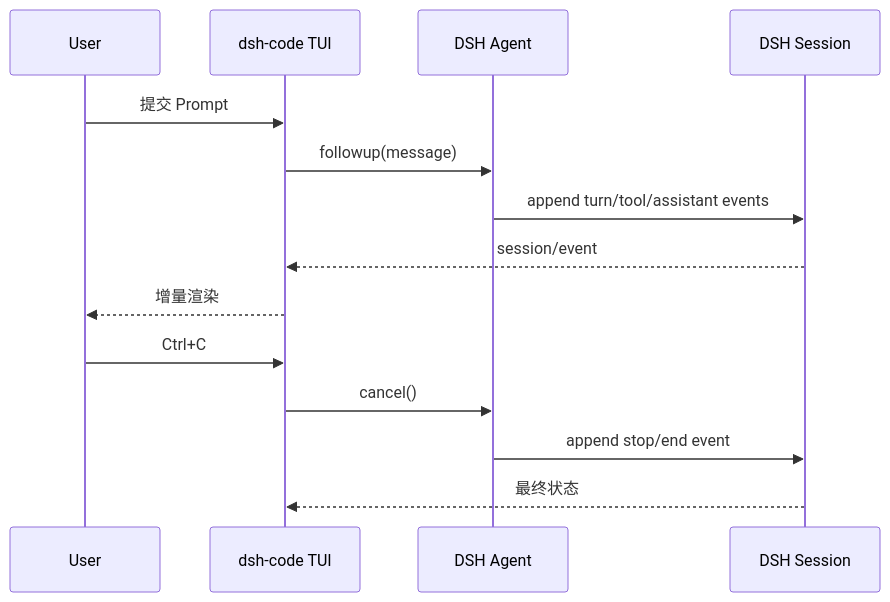
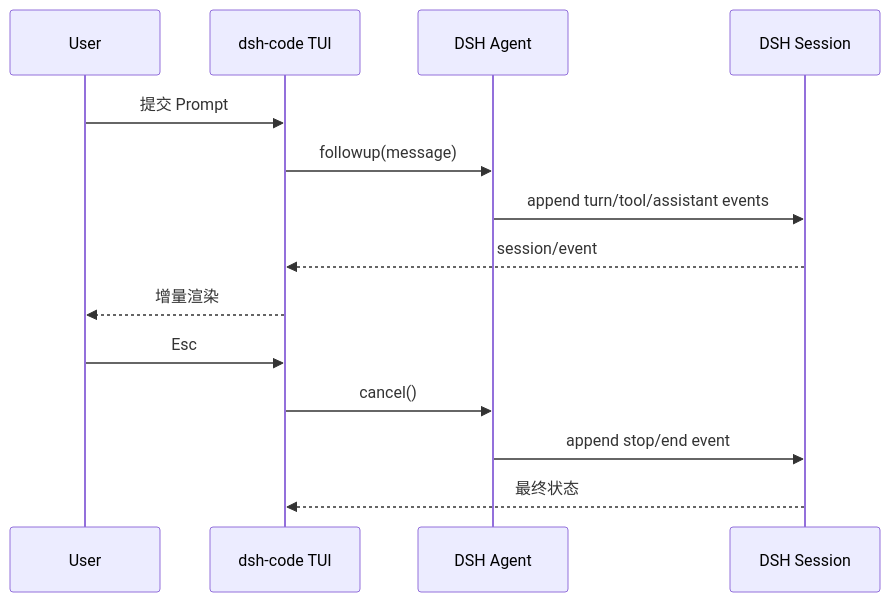
Before and after one commit to guoxiucai/dsh-code: the second of 4 diagrams in docs/technical-implementation-plan.md, drawn with Mermaid. The commit also changed other lines of this file and 14 other files, not shown here.

````diff
--- a/docs/technical-implementation-plan.md
+++ b/docs/technical-implementation-plan.md
@@ -267,16 +267,16 @@
 ```mermaid
 sequenceDiagram
     participant U as User
     participant T as dsh-code TUI
     participant A as DSH Agent
     participant S as DSH Session
     U->>T: 提交 Prompt
     T->>A: followup(message)
     A->>S: append turn/tool/assistant events
     S-->>T: session/event
     T-->>U: 增量渲染
-    U->>T: Ctrl+C
+    U->>T: Esc
     T->>A: cancel()
     A->>S: append stop/end event
     S-->>T: 最终状态
 ```
````
